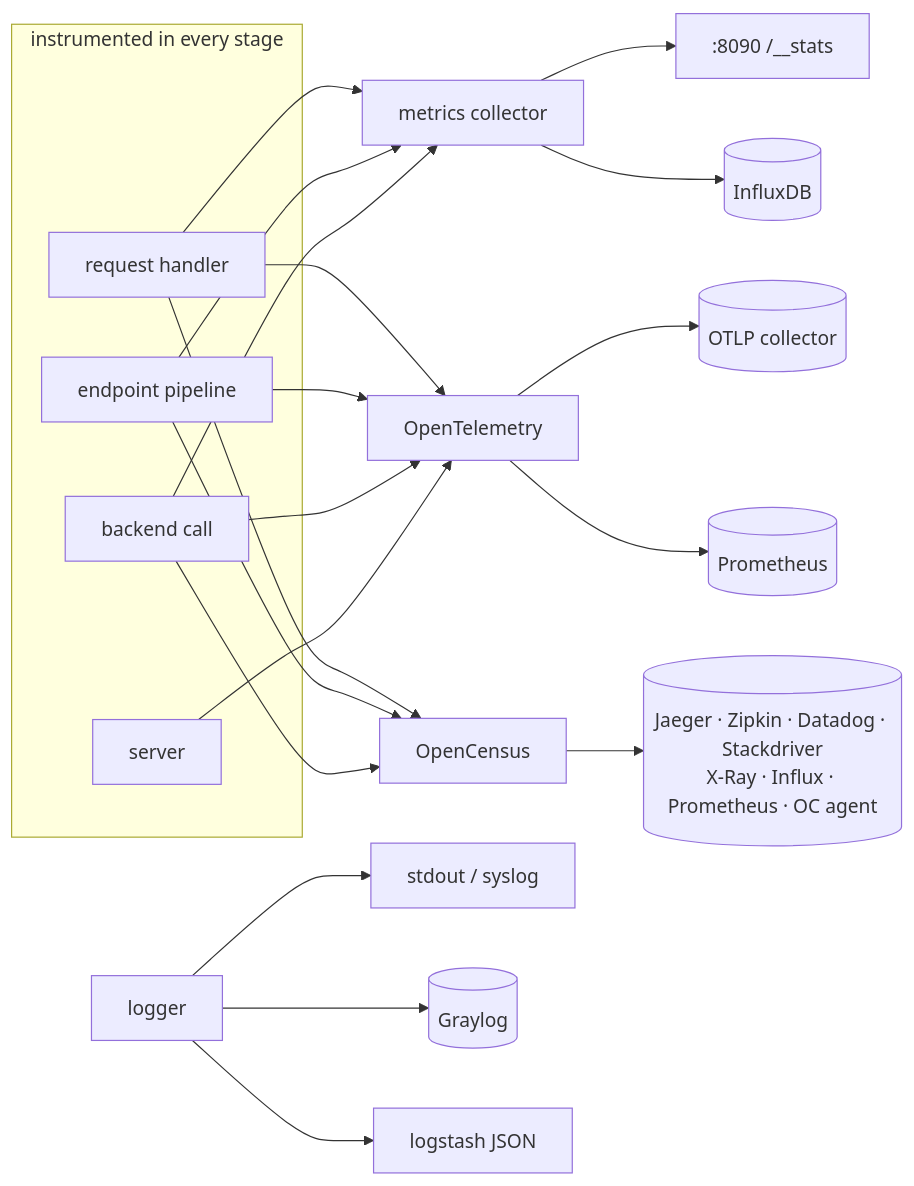
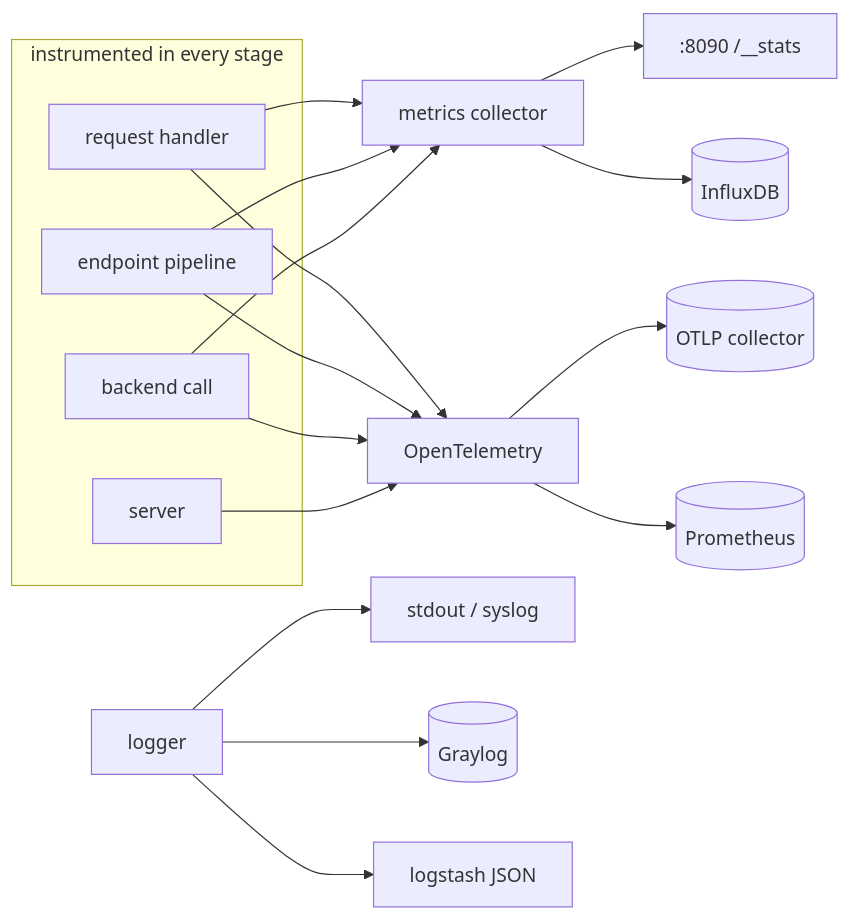
Before and after one commit to 9edang/inkgate: the diagram in docs/feature/telemetry.md, drawn with Mermaid. The commit also changed other lines of this file and 72 other files, not shown here.

First line of the commit message:
dependencies: drop OpenCensus and op/go-logging, AWS SDK v2, go-jose v4

````diff
--- a/docs/feature/telemetry.md
+++ b/docs/feature/telemetry.md
@@ -6,11 +6,10 @@
 ```mermaid
 flowchart LR
     subgraph stages ["instrumented in every stage"]
       S3[request handler] & S4[endpoint pipeline] & S5[backend call] & SV[server]
     end
     S3 & S4 & S5 --> M[metrics collector] --> ME[":8090 /__stats"]
     M --> IF[(InfluxDB)]
     S3 & S4 & S5 & SV --> OT[OpenTelemetry] --> OTLP[(OTLP collector)] & PR[(Prometheus)]
-    S3 & S4 & S5 --> OC[OpenCensus] --> EXP[(Jaeger · Zipkin · Datadog · Stackdriver<br/>X-Ray · Influx · Prometheus · OC agent)]
     LOG[logger] --> STD[stdout / syslog] & GELF[(Graylog)] & LS[logstash JSON]
 ```
````
